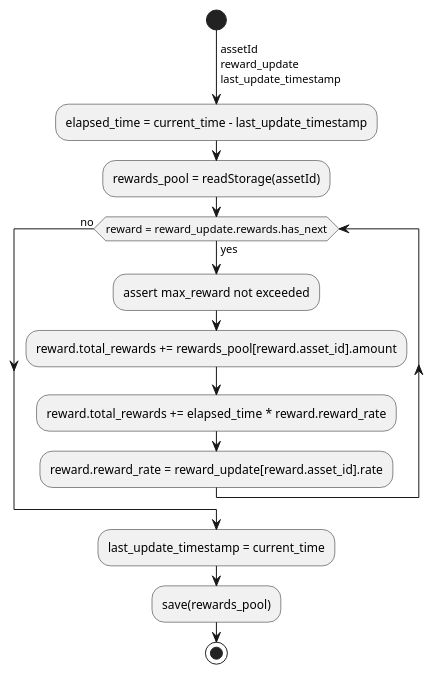
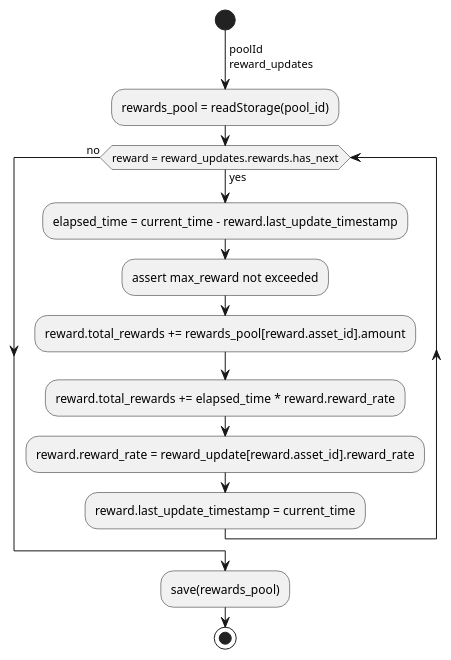
Before and after one commit to ComposableFi/composable: the ninth of 11 diagrams in rfcs/0005-pablo-distribution-assets/0005-pablo-distribution.adoc, drawn with PlantUML. The commit also changed other lines of this file and 8 other files, not shown here.

```diff
--- a/rfcs/0005-pablo-distribution-assets/0005-pablo-distribution.adoc
+++ b/rfcs/0005-pablo-distribution-assets/0005-pablo-distribution.adoc
@@ -526,16 +510,16 @@
 [plantuml,images/update-reward-pool,png]
 ----
 start
-->assetId\nreward_update\nlast_update_timestamp;
-:elapsed_time = current_time - last_update_timestamp;
-:rewards_pool = readStorage(assetId);
-while (reward = reward_update.rewards.has_next) is (yes)
+->poolId\nreward_updates;
+:rewards_pool = readStorage(pool_id);
+while (reward = reward_updates.rewards.has_next) is (yes)
+    :elapsed_time = current_time - reward.last_update_timestamp;
     :assert max_reward not exceeded;
     :reward.total_rewards += rewards_pool[reward.asset_id].amount;
     :reward.total_rewards += elapsed_time * reward.reward_rate;
-    :reward.reward_rate = reward_update[reward.asset_id].rate;
+    :reward.reward_rate = reward_update[reward.asset_id].reward_rate;
+    :reward.last_update_timestamp = current_time;
 endwhile (no)
-:last_update_timestamp = current_time;
 :save(rewards_pool);
 stop
 ----
```
